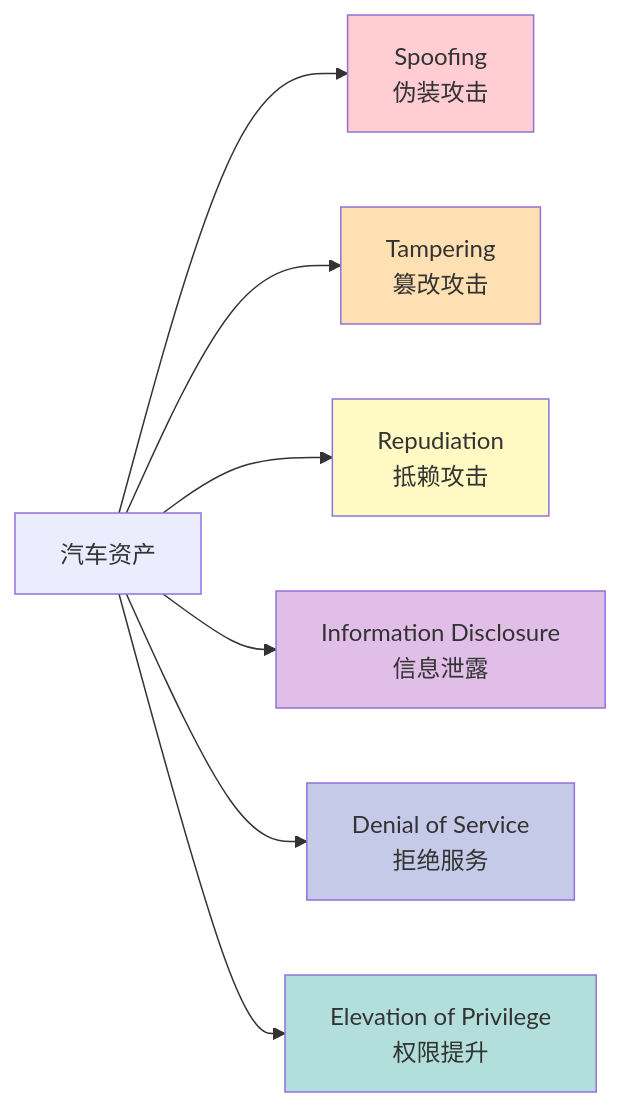
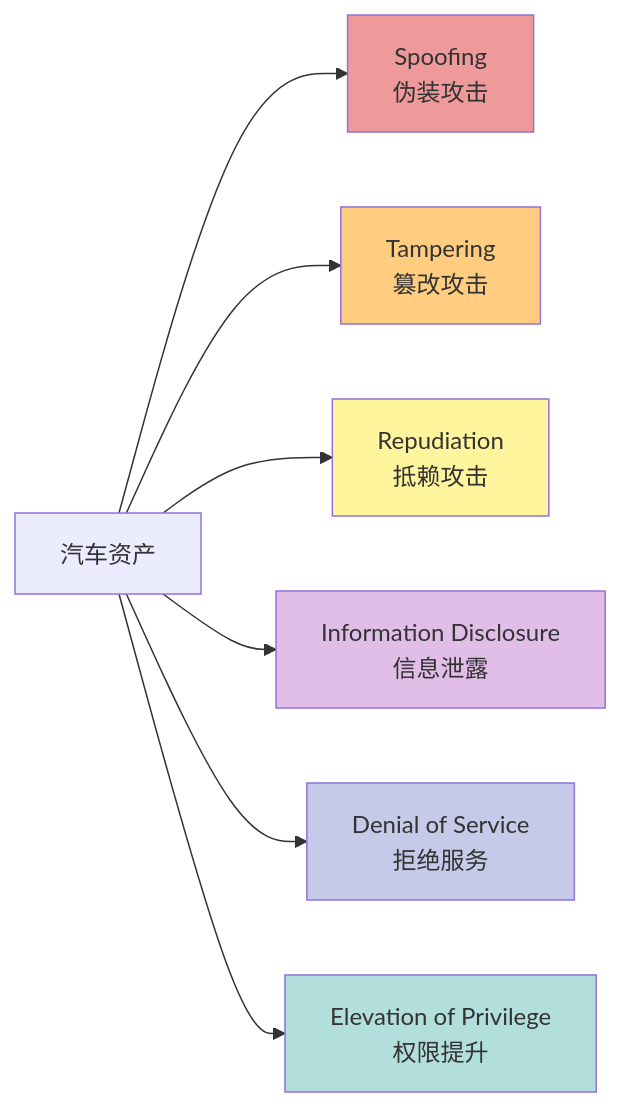
One commit to s-ai-unix/blog changed the second of 2 diagrams in content/posts/2026-01-16-tara-analysis.md. Above: the diagram before and after it, drawn with Mermaid. The commit also changed other lines of this file and 3 other files, not shown here.

````diff
--- a/content/posts/2026-01-16-tara-analysis.md
+++ b/content/posts/2026-01-16-tara-analysis.md
@@ -77,23 +77,23 @@
 ```mermaid
 graph LR
     S[Spoofing<br>伪装攻击]
     T[Tampering<br>篡改攻击]
     R[Repudiation<br>抵赖攻击]
     I[Information Disclosure<br>信息泄露]
     D[Denial of Service<br>拒绝服务]
     E[Elevation of Privilege<br>权限提升]
 
     Asset[汽车资产] --> S
     Asset --> T
     Asset --> R
     Asset --> I
     Asset --> D
     Asset --> E
 
-    style S fill:#ffcdd2
-    style T fill:#ffe0b2
-    style R fill:#fff9c4
+    style S fill:#ef9a9a
+    style T fill:#ffcc80
+    style R fill:#fff59d
     style I fill:#e1bee7
     style D fill:#c5cae9
     style E fill:#b2dfdb
 ```
````
